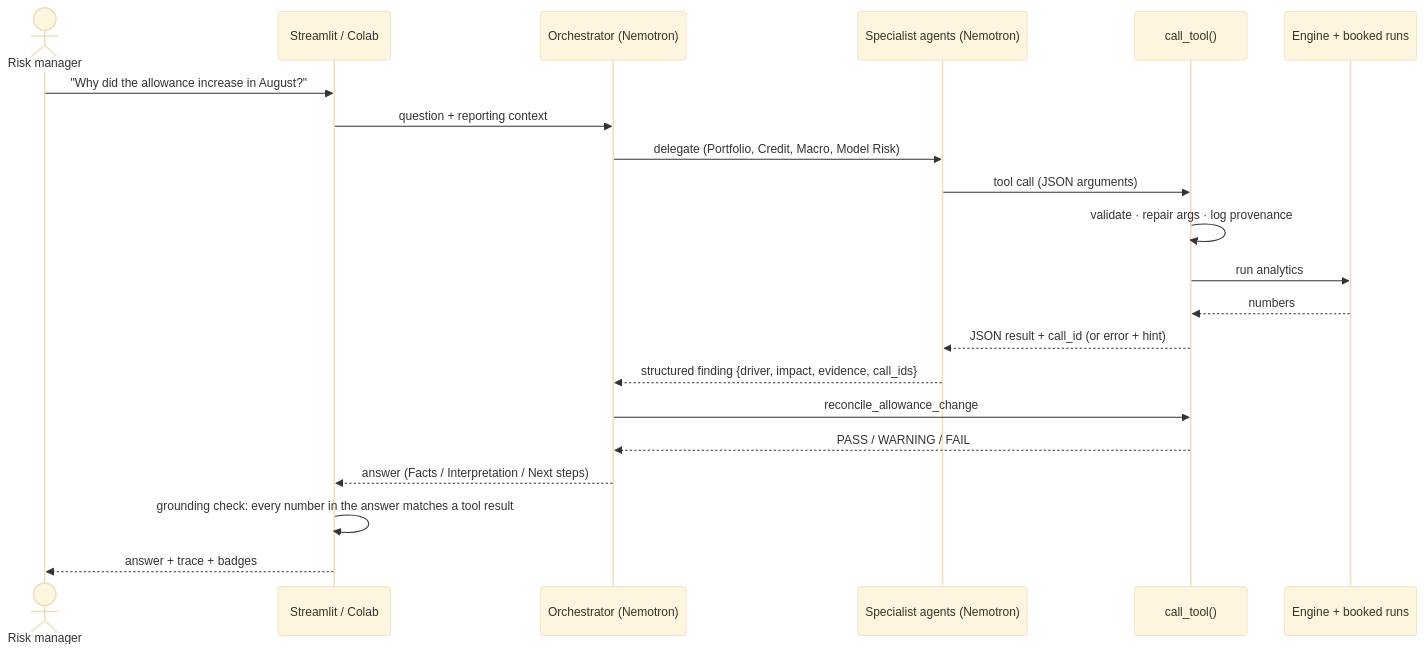
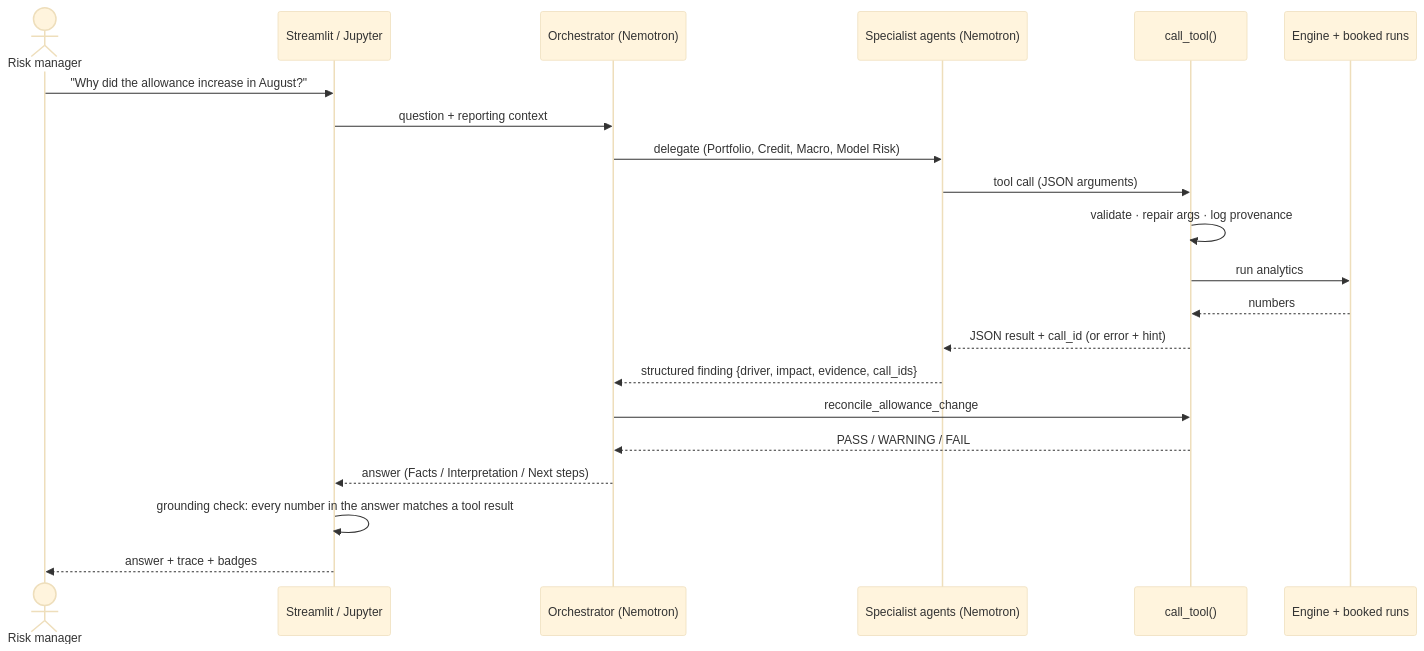
One commit to Luizkauffmann/Nvidia-Redhat-RiskLens changed the third of 4 diagrams in docs/PROJECT_ARCHITECTURE.md. Above: the diagram before and after it, drawn with Mermaid (base theme). The commit also changed other lines of this file and 16 other files, not shown here.

````diff
--- a/docs/PROJECT_ARCHITECTURE.md
+++ b/docs/PROJECT_ARCHITECTURE.md
@@ -103,23 +91,23 @@
 ```mermaid
 sequenceDiagram
   actor U as Risk manager
-  participant UI as Streamlit / Colab
+  participant UI as Streamlit / Jupyter
   participant O as Orchestrator (Nemotron)
   participant S as Specialist agents (Nemotron)
   participant T as call_tool()
   participant E as Engine + booked runs
   U->>UI: "Why did the allowance increase in August?"
   UI->>O: question + reporting context
   O->>S: delegate (Portfolio, Credit, Macro, Model Risk)
   S->>T: tool call (JSON arguments)
   T->>T: validate · repair args · log provenance
   T->>E: run analytics
   E-->>T: numbers
   T-->>S: JSON result + call_id (or error + hint)
   S-->>O: structured finding {driver, impact, evidence, call_ids}
   O->>T: reconcile_allowance_change
   T-->>O: PASS / WARNING / FAIL
   O-->>UI: answer (Facts / Interpretation / Next steps)
   UI->>UI: grounding check: every number in the answer matches a tool result
   UI-->>U: answer + trace + badges
 ```
````
